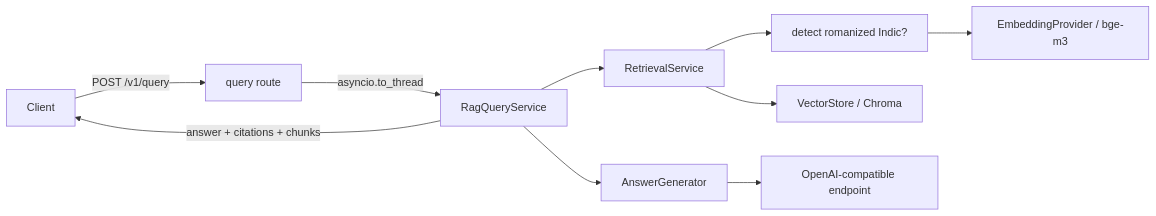
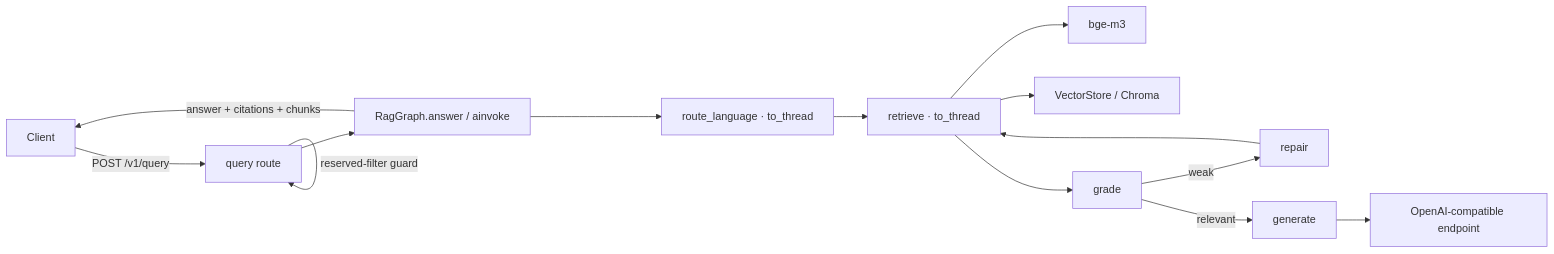
The first of 5 diagrams in docs/architecture.md (notjwp/Multilingual-RAG), drawn with Mermaid before and after one commit. The commit also changed other lines of this file and 37 other files, not shown here.

````diff
--- a/docs/architecture.md
+++ b/docs/architecture.md
@@ -78,12 +85,15 @@
 ```mermaid
 flowchart LR
     C[Client] -->|POST /v1/query| Q[query route]
-    Q -->|asyncio.to_thread| RS[RagQueryService]
-    RS --> RET[RetrievalService]
-    RET --> DET[detect romanized Indic?]
-    DET --> EMB[EmbeddingProvider / bge-m3]
+    Q -->|reserved-filter guard| Q
+    Q --> G[RagGraph.answer / ainvoke]
+    G --> RL[route_language · to_thread]
+    RL --> RET[retrieve · to_thread]
+    RET --> EMB[bge-m3]
     RET --> VS[VectorStore / Chroma]
-    RS --> GEN[AnswerGenerator]
+    RET --> GR[grade]
+    GR -->|weak| RP[repair] --> RET
+    GR -->|relevant| GEN[generate]
     GEN --> LLM[OpenAI-compatible endpoint]
-    RS -->|answer + citations + chunks| C
+    G -->|answer + citations + chunks| C
 ```
````
